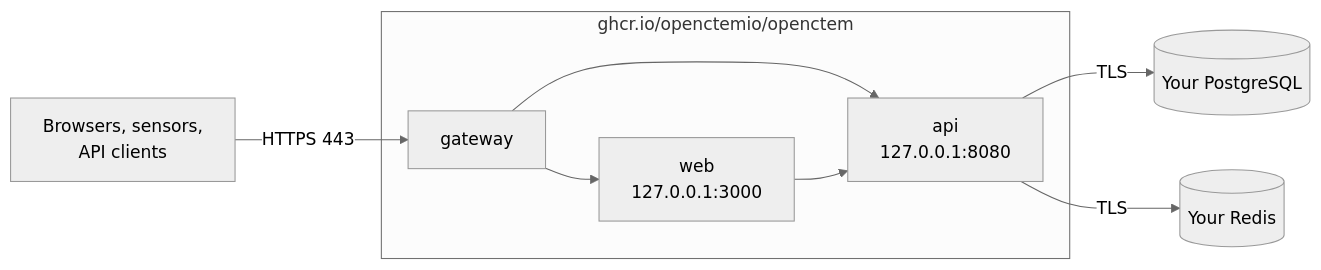
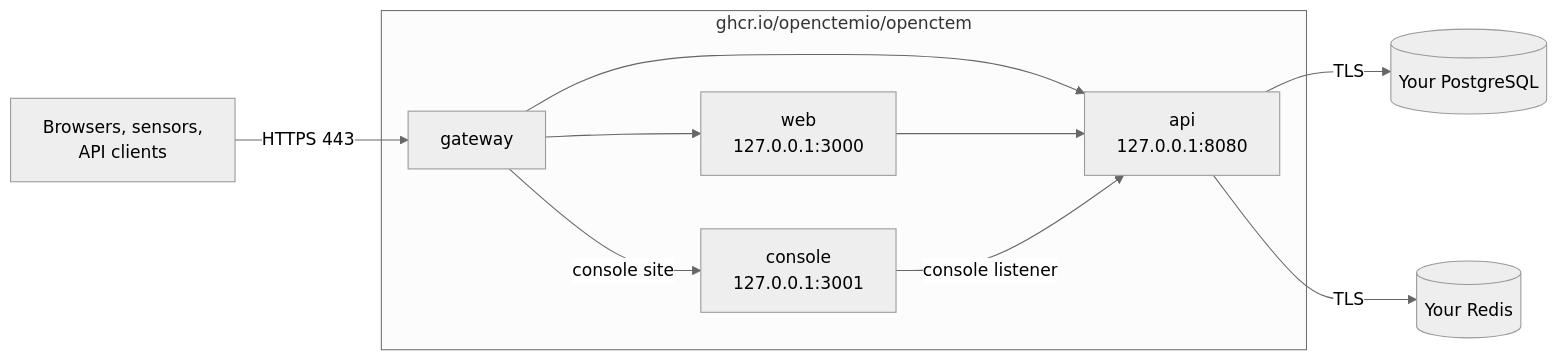
The second of 5 diagrams in install/index.md (openctemio/docs), drawn with Mermaid (neutral theme) before and after one commit. The commit also changed other lines of this file and 11 other files, not shown here.

````diff
--- a/install/index.md
+++ b/install/index.md
@@ -68,11 +68,13 @@
 ```mermaid
 flowchart LR
     C["Browsers, sensors,<br/>API clients"] -->|"HTTPS 443"| GW
     subgraph aio["ghcr.io/openctemio/openctem"]
         GW["gateway"] --> WEB["web<br/>127.0.0.1:3000"]
         GW --> API["api<br/>127.0.0.1:8080"]
+        GW -->|"console site"| CON["console<br/>127.0.0.1:3001"]
         WEB --> API
+        CON -->|"console listener"| API
     end
     API -->|TLS| PG[("Your PostgreSQL")]
     API -->|TLS| RD[("Your Redis")]
 ```
````
